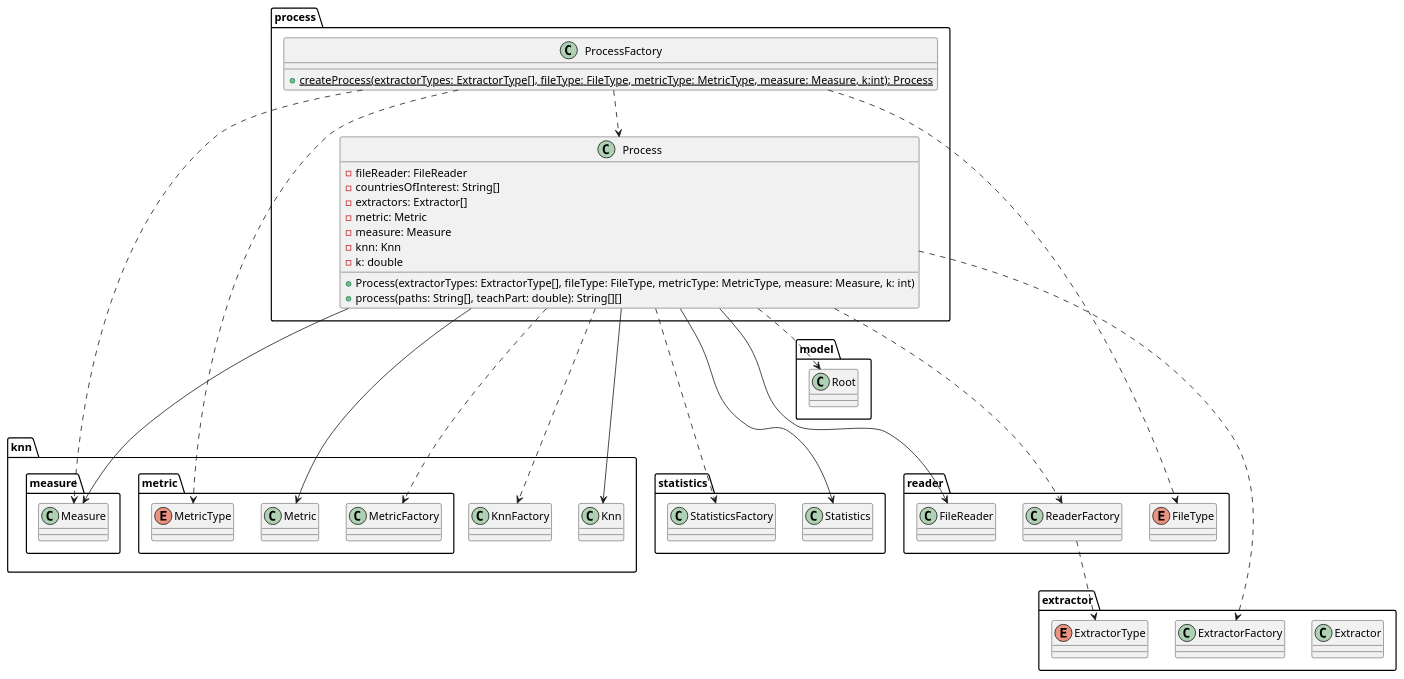
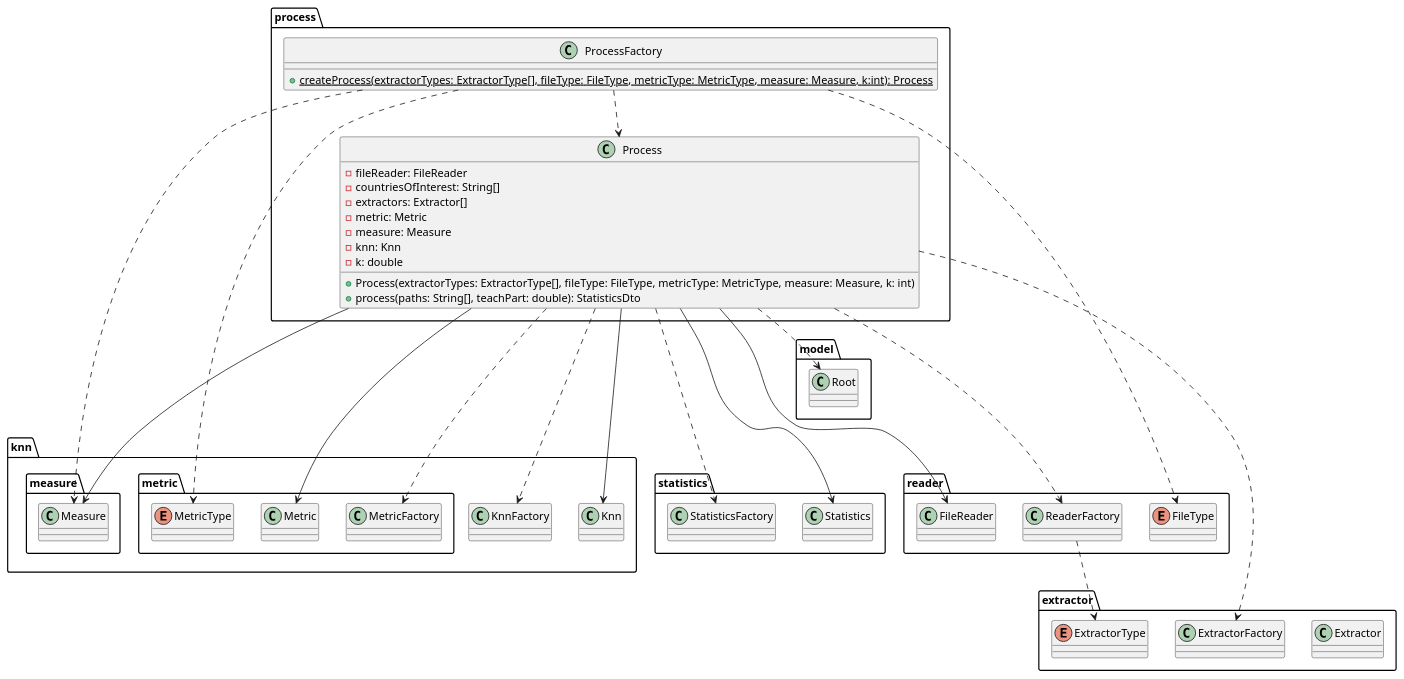
The ninth of 10 diagrams in README.md (kambed/Computer-Recognition-Systems), drawn with PlantUML before and after one commit. The commit also changed other lines of this file and 6 other files, not shown here.

````diff
--- a/README.md
+++ b/README.md
@@ -352,63 +352,63 @@
 ```plantuml
 package process {
     class Process {
         - fileReader: FileReader
         - countriesOfInterest: String[]
         - extractors: Extractor[]
         - metric: Metric
         - measure: Measure
         - knn: Knn
         - k: double
         + Process(extractorTypes: ExtractorType[], fileType: FileType, metricType: MetricType, measure: Measure, k: int)
-        + process(paths: String[], teachPart: double): String[][]
+        + process(paths: String[], teachPart: double): StatisticsDto
     }
     class ProcessFactory {
         + {static} createProcess(extractorTypes: ExtractorType[], fileType: FileType, metricType: MetricType, measure: Measure, k:int): Process
     }
 }
 package reader {
     class FileReader
     class ReaderFactory
     enum FileType
 }
 package extractor {
     class Extractor
     class ExtractorFactory
     enum ExtractorType
 }
 package knn {
     class Knn
     class KnnFactory
     package metric {
         class Metric
         class MetricFactory
         enum MetricType
     }
     package measure {
         class Measure
     }
 }
 package model {
     class Root
 }
 package statistics {
     class Statistics
     class StatisticsFactory
 }
 Process ...> ReaderFactory
 Process ...> ExtractorFactory
 Process ...> MetricFactory
 Process ...> KnnFactory
 Process ...> StatisticsFactory
 Process --> FileReader
 Process --> Metric
 Process --> Measure
 Process --> Statistics
 Process --> Knn
 Process ..> Root
 ProcessFactory ..> Measure
 ProcessFactory ..> Process
 ProcessFactory ..> FileType
 ProcessFactory ..> MetricType
 ReaderFactory ..> ExtractorType
 ```
````
